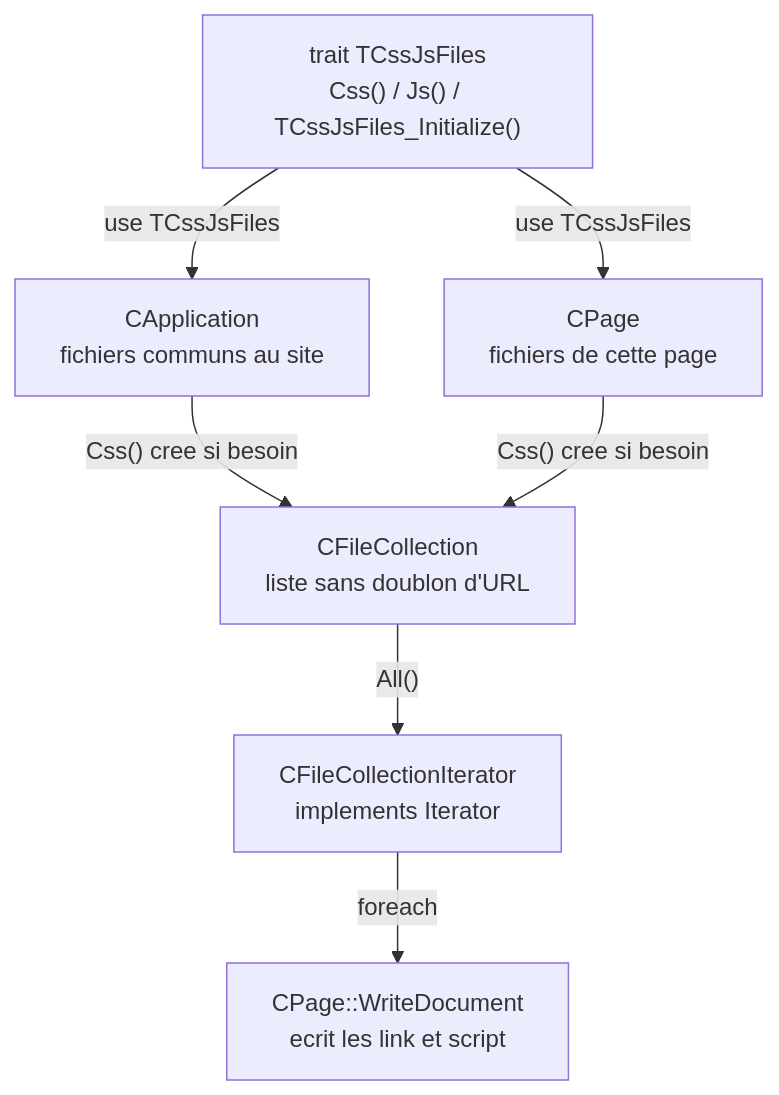
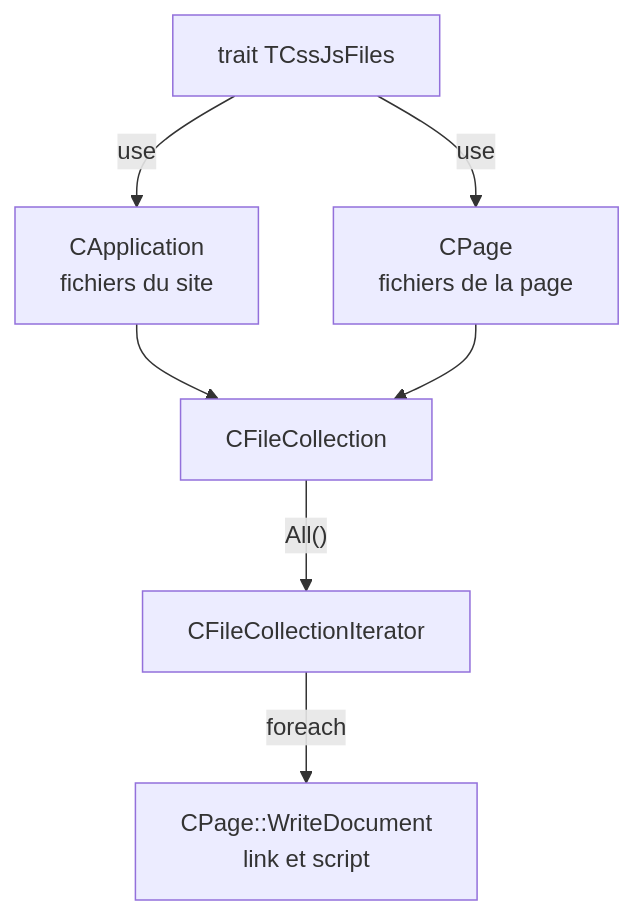
Before and after one commit to ernesthdj/PID: the diagram in docs/academique/TCssJsFiles et CFileCollection — Collections de fichiers CSS et JS.md, drawn with Mermaid. The commit also changed other lines of this file and 27 other files, not shown here.

````diff
--- a/docs/academique/TCssJsFiles et CFileCollection — Collections de fichiers CSS et JS.md
+++ b/docs/academique/TCssJsFiles et CFileCollection — Collections de fichiers CSS et JS.md
@@ -58,10 +20,9 @@
 ```mermaid
 flowchart TD
-    T["trait TCssJsFiles<br/>Css() / Js() / TCssJsFiles_Initialize()"]
-    T -->|"use TCssJsFiles"| CA["CApplication<br/>fichiers communs au site"]
-    T -->|"use TCssJsFiles"| CP["CPage<br/>fichiers de cette page"]
-    CA -->|"Css() cree si besoin"| COL["CFileCollection<br/>liste sans doublon d'URL"]
-    CP -->|"Css() cree si besoin"| COL
-    COL -->|"All()"| IT["CFileCollectionIterator<br/>implements Iterator"]
-    IT -->|"foreach"| PG["CPage::WriteDocument<br/>ecrit les link et script"]
+    T["trait TCssJsFiles"] -->|"use"| CA["CApplication<br/>fichiers du site"]
+    T -->|"use"| CP["CPage<br/>fichiers de la page"]
+    CA --> COL["CFileCollection"]
+    CP --> COL
+    COL -->|"All()"| IT["CFileCollectionIterator"]
+    IT -->|"foreach"| PG["CPage::WriteDocument<br/>link et script"]
 ```
````
